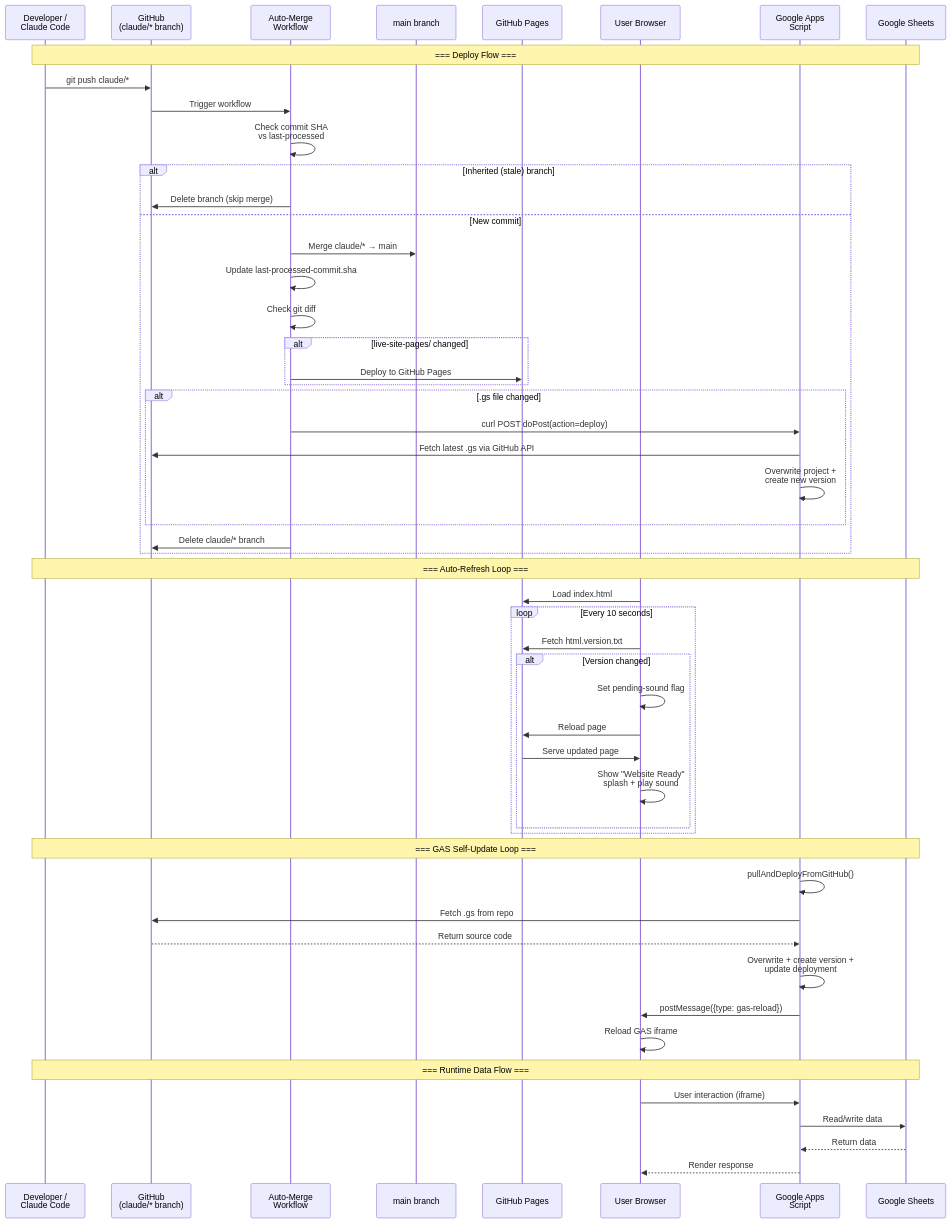
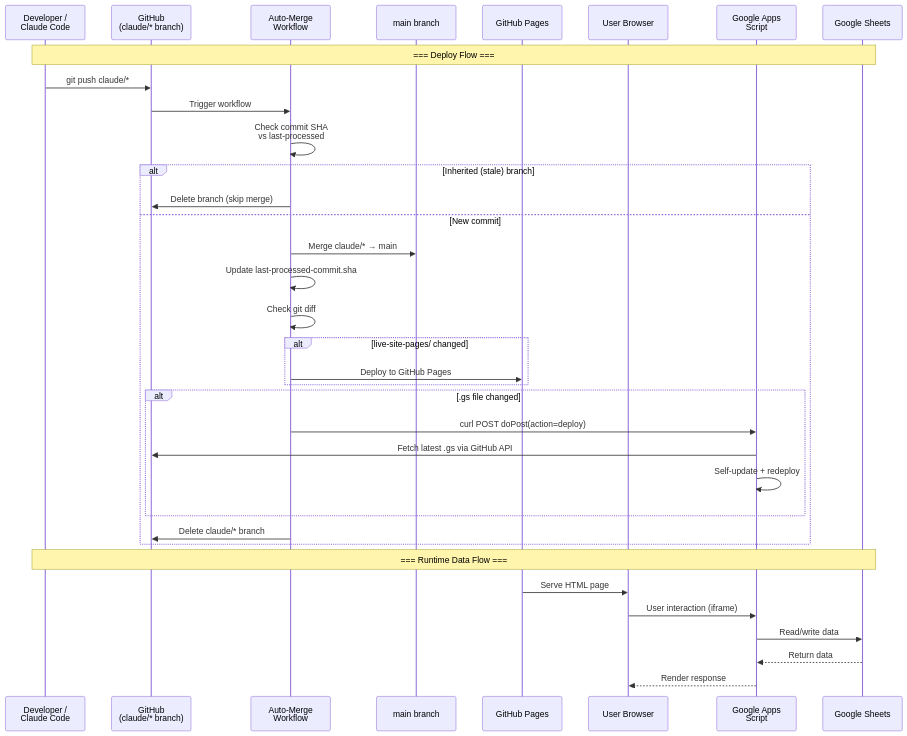
The second of 6 diagrams in repository-information/REPO-ARCHITECTURE.md (ShadowAISolutions/saistemplateprojectrepo), drawn with Mermaid before and after one commit. The commit also changed other lines of this file and 4 other files, not shown here.

First line of the commit message:
v01.99r Simplify REPO-ARCHITECTURE.md — environments as nodes, internals in per-environment diagrams

````diff
--- a/repository-information/REPO-ARCHITECTURE.md
+++ b/repository-information/REPO-ARCHITECTURE.md
@@ -170,62 +122,41 @@
 ```mermaid
 sequenceDiagram
     participant Dev as Developer /<br/>Claude Code
     participant GH as GitHub<br/>(claude/* branch)
     participant WF as Auto-Merge<br/>Workflow
     participant Main as main branch
     participant Pages as GitHub Pages
     participant Browser as User Browser
     participant GAS as Google Apps<br/>Script
     participant Sheets as Google Sheets
 
     Note over Dev,Sheets: === Deploy Flow ===
 
     Dev->>GH: git push claude/*
     GH->>WF: Trigger workflow
     WF->>WF: Check commit SHA<br/>vs last-processed
     alt Inherited (stale) branch
         WF->>GH: Delete branch (skip merge)
     else New commit
         WF->>Main: Merge claude/* → main
         WF->>WF: Update last-processed-commit.sha
         WF->>WF: Check git diff
         alt live-site-pages/ changed
             WF->>Pages: Deploy to GitHub Pages
         end
         alt .gs file changed
             WF->>GAS: curl POST doPost(action=deploy)
             GAS->>GH: Fetch latest .gs via GitHub API
-            GAS->>GAS: Overwrite project +<br/>create new version
+            GAS->>GAS: Self-update + redeploy
         end
         WF->>GH: Delete claude/* branch
     end
 
-    Note over Dev,Sheets: === Auto-Refresh Loop ===
-
-    Browser->>Pages: Load index.html
-    loop Every 10 seconds
-        Browser->>Pages: Fetch html.version.txt
-        alt Version changed
-            Browser->>Browser: Set pending-sound flag
-            Browser->>Pages: Reload page
-            Pages->>Browser: Serve updated page
-            Browser->>Browser: Show "Website Ready"<br/>splash + play sound
-        end
-    end
-
-    Note over Dev,Sheets: === GAS Self-Update Loop ===
-
-    GAS->>GAS: pullAndDeployFromGitHub()
-    GAS->>GH: Fetch .gs from repo
-    GH-->>GAS: Return source code
-    GAS->>GAS: Overwrite + create version +<br/>update deployment
-    GAS->>Browser: postMessage({type: gas-reload})
-    Browser->>Browser: Reload GAS iframe
-
     Note over Dev,Sheets: === Runtime Data Flow ===
 
+    Pages->>Browser: Serve HTML page
     Browser->>GAS: User interaction (iframe)
     GAS->>Sheets: Read/write data
     Sheets-->>GAS: Return data
     GAS-->>Browser: Render response
 ```
````
